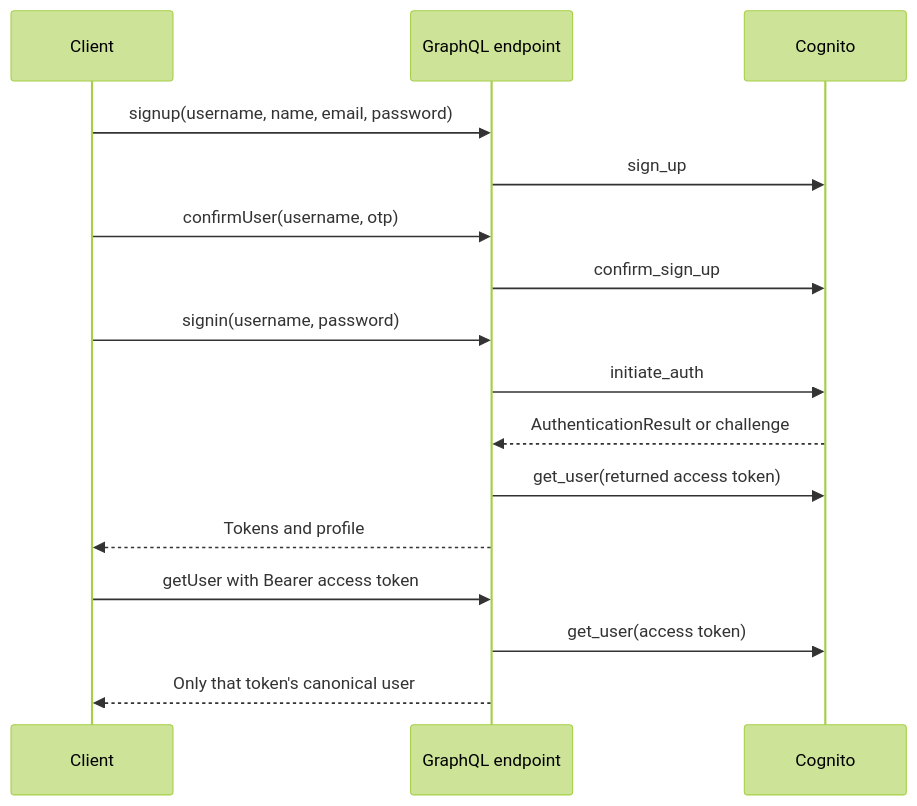
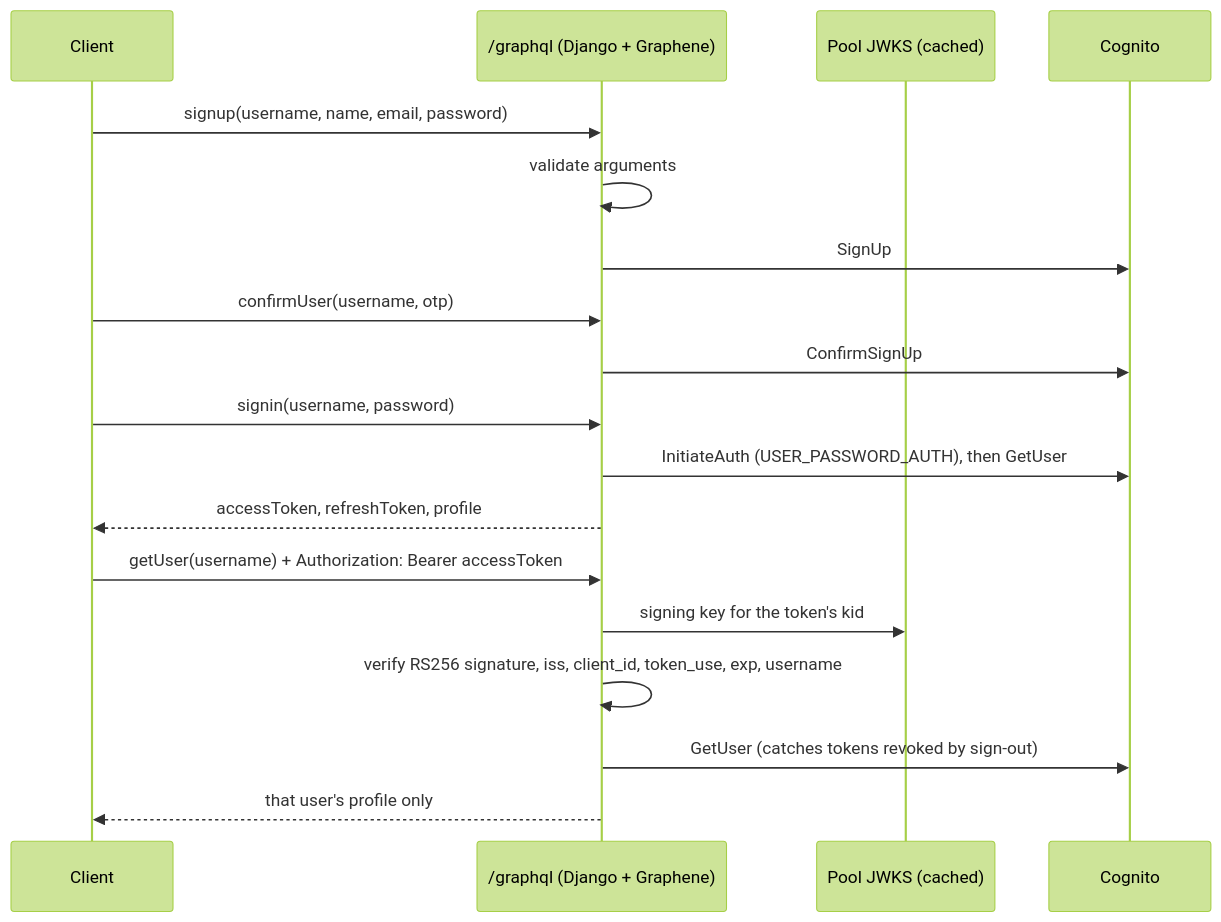
The diagram in README.md (DevCipher-blip/fitness-auth-service), drawn with Mermaid (forest theme) before and after one commit. The commit also changed other lines of this file and 1 other file, not shown here.

First line of the commit message:
Rewrite the README around the verified flow and add an MIT license

````diff
--- a/README.md
+++ b/README.md
@@ -9,18 +9,20 @@
 ```mermaid
 sequenceDiagram
   participant C as Client
-  participant G as GraphQL endpoint
+  participant G as /graphql (Django + Graphene)
+  participant K as Pool JWKS (cached)
   participant A as Cognito
   C->>G: signup(username, name, email, password)
-  G->>A: sign_up
+  G->>G: validate arguments
+  G->>A: SignUp
   C->>G: confirmUser(username, otp)
-  G->>A: confirm_sign_up
+  G->>A: ConfirmSignUp
   C->>G: signin(username, password)
-  G->>A: initiate_auth
-  A-->>G: AuthenticationResult or challenge
-  G->>A: get_user(returned access token)
-  G-->>C: Tokens and profile
-  C->>G: getUser with Bearer access token
-  G->>A: get_user(access token)
-  G-->>C: Only that token's canonical user
+  G->>A: InitiateAuth (USER_PASSWORD_AUTH), then GetUser
+  G-->>C: accessToken, refreshToken, profile
+  C->>G: getUser(username) + Authorization: Bearer accessToken
+  G->>K: signing key for the token's kid
+  G->>G: verify RS256 signature, iss, client_id, token_use, exp, username
+  G->>A: GetUser (catches tokens revoked by sign-out)
+  G-->>C: that user's profile only
 ```
````
